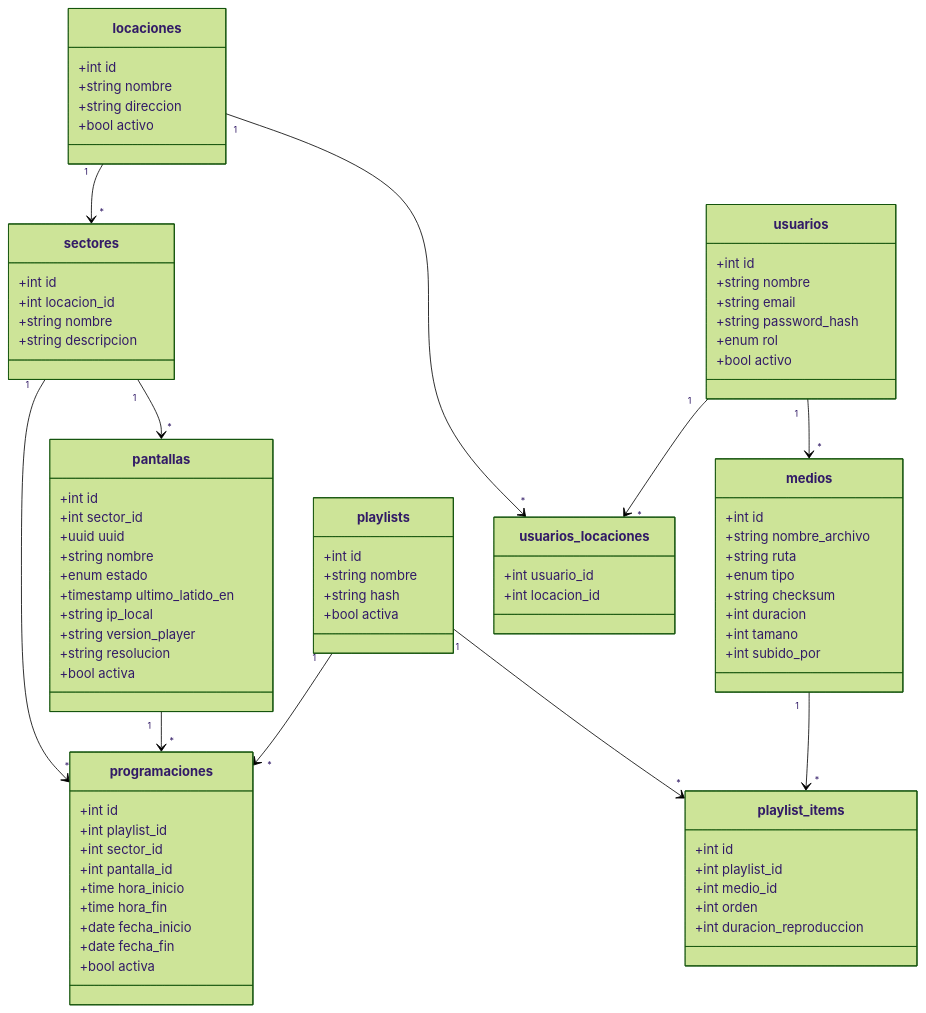
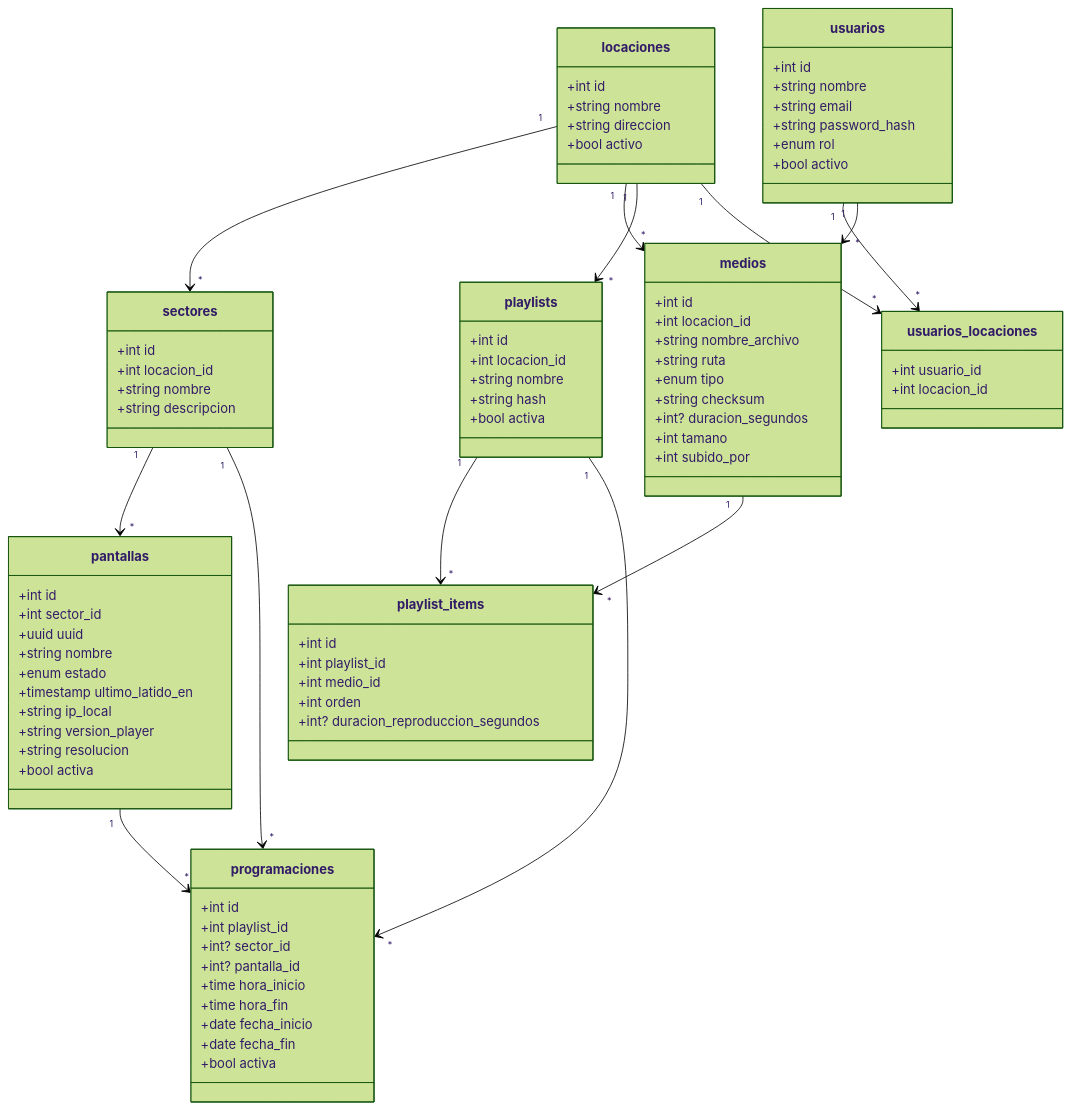
One commit to tomiloki/ACE changed the diagram in Documentación/Producto/Modelo de datos.md. Above: the diagram before and after it, drawn with Mermaid (forest theme). The commit also changed other lines of this file, not shown here.

```diff
--- a/Documentación/Producto/Modelo de datos.md
+++ b/Documentación/Producto/Modelo de datos.md
@@ -40,17 +40,19 @@
 
   class medios {
     +int id
+    +int locacion_id
     +string nombre_archivo
     +string ruta
     +enum tipo
     +string checksum
-    +int duracion
+    +int? duracion_segundos
     +int tamano
     +int subido_por
   }
 
   class playlists {
     +int id
+    +int locacion_id
     +string nombre
     +string hash
     +bool activa
@@ -61,14 +63,14 @@
     +int playlist_id
     +int medio_id
     +int orden
-    +int duracion_reproduccion
+    +int? duracion_reproduccion_segundos
   }
 
   class programaciones {
     +int id
     +int playlist_id
-    +int sector_id
-    +int pantalla_id
+    +int? sector_id
+    +int? pantalla_id
     +time hora_inicio
     +time hora_fin
     +date fecha_inicio
@@ -91,6 +93,8 @@
   }
 
   locaciones "1" --> "*" sectores
+  locaciones "1" --> "*" medios
+  locaciones "1" --> "*" playlists
   locaciones "1" --> "*" usuarios_locaciones
   usuarios "1" --> "*" usuarios_locaciones
   sectores "1" --> "*" pantallas
```
